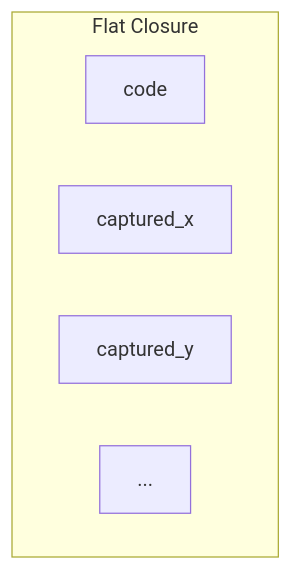
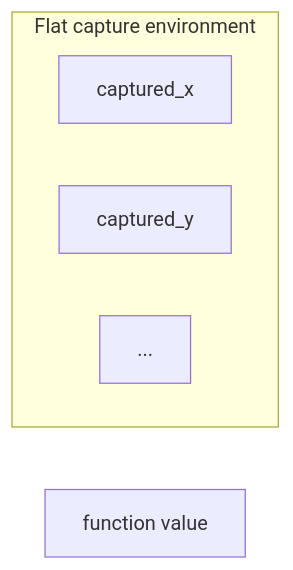
Before and after one commit to FidelityFramework/clef-lang-site: the second of 2 diagrams in hugo/content/docs/design/memory/gaining-closure.md, drawn with Mermaid. The commit also changed other lines of this file and 10 other files, not shown here.

````diff
--- a/hugo/content/docs/design/memory/gaining-closure.md
+++ b/hugo/content/docs/design/memory/gaining-closure.md
@@ -72,10 +72,10 @@
 ```mermaid
 flowchart LR
-    subgraph FlatClosure["Flat Closure"]
+    CP[function value]
+    subgraph FlatClosure["Flat capture environment"]
         direction LR
-        CP[code]
         CX[captured_x]
         CY[captured_y]
         ETC[...]
     end
 ```
````
